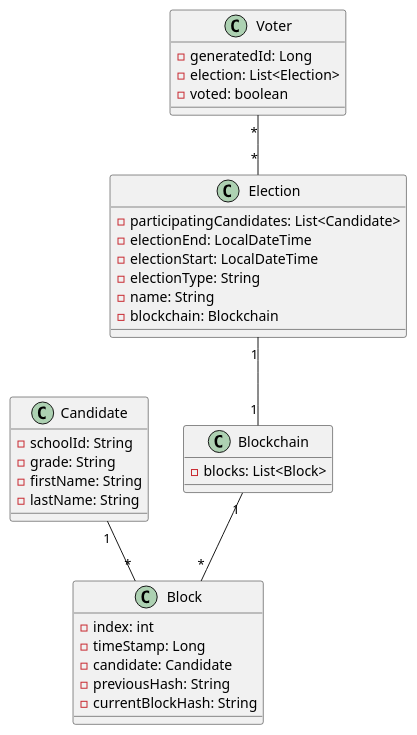
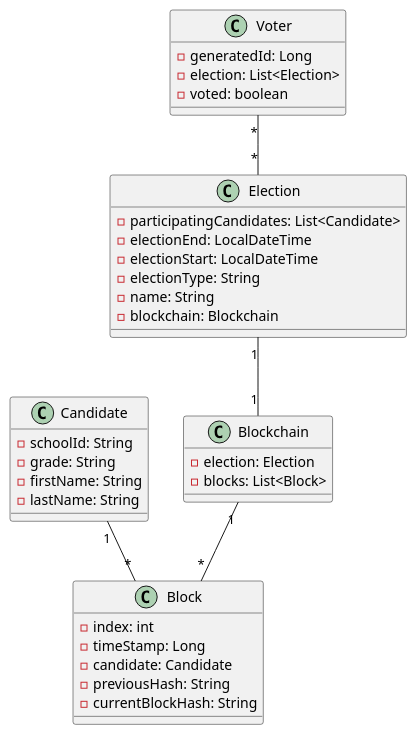
One commit to 2324-4bhif-syp/2324-4bhif-syp-project-leovote changed the diagram in asciidocs/docs/plantuml/cld.puml. Above: the diagram before and after it, drawn with PlantUML. The commit also changed 12 other files, not shown here.

```diff
--- a/asciidocs/docs/plantuml/cld.puml
+++ b/asciidocs/docs/plantuml/cld.puml
@@ -1,43 +1,44 @@
 @startuml
 
 top to bottom direction
 
 class Candidate {
   - schoolId: String
   - grade: String
   - firstName: String
   - lastName: String
 }
 
 class Block {
     - index: int
     - timeStamp: Long
     - candidate: Candidate
     - previousHash: String
     - currentBlockHash: String
 }
 
 class Blockchain {
+    - election: Election
     - blocks: List<Block>
 }
 
 class Election {
   - participatingCandidates: List<Candidate>
   - electionEnd: LocalDateTime
   - electionStart: LocalDateTime
   - electionType: String
   - name: String
   - blockchain: Blockchain
 }
 
 class Voter {
   - generatedId: Long
   - election: List<Election>
   - voted: boolean
 }
 
 Election "1"--"1" Blockchain
 Blockchain "1"--"*" Block
 Candidate "1"--"*" Block
 Voter "*"--"*" Election
 @enduml
```
